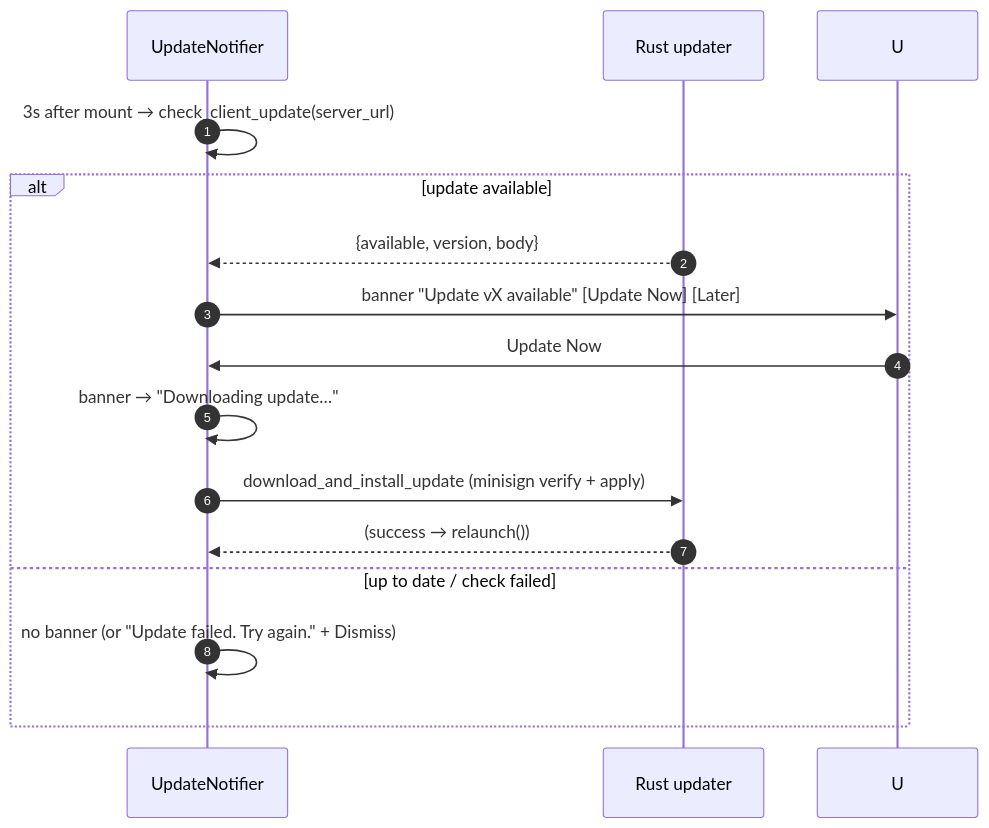
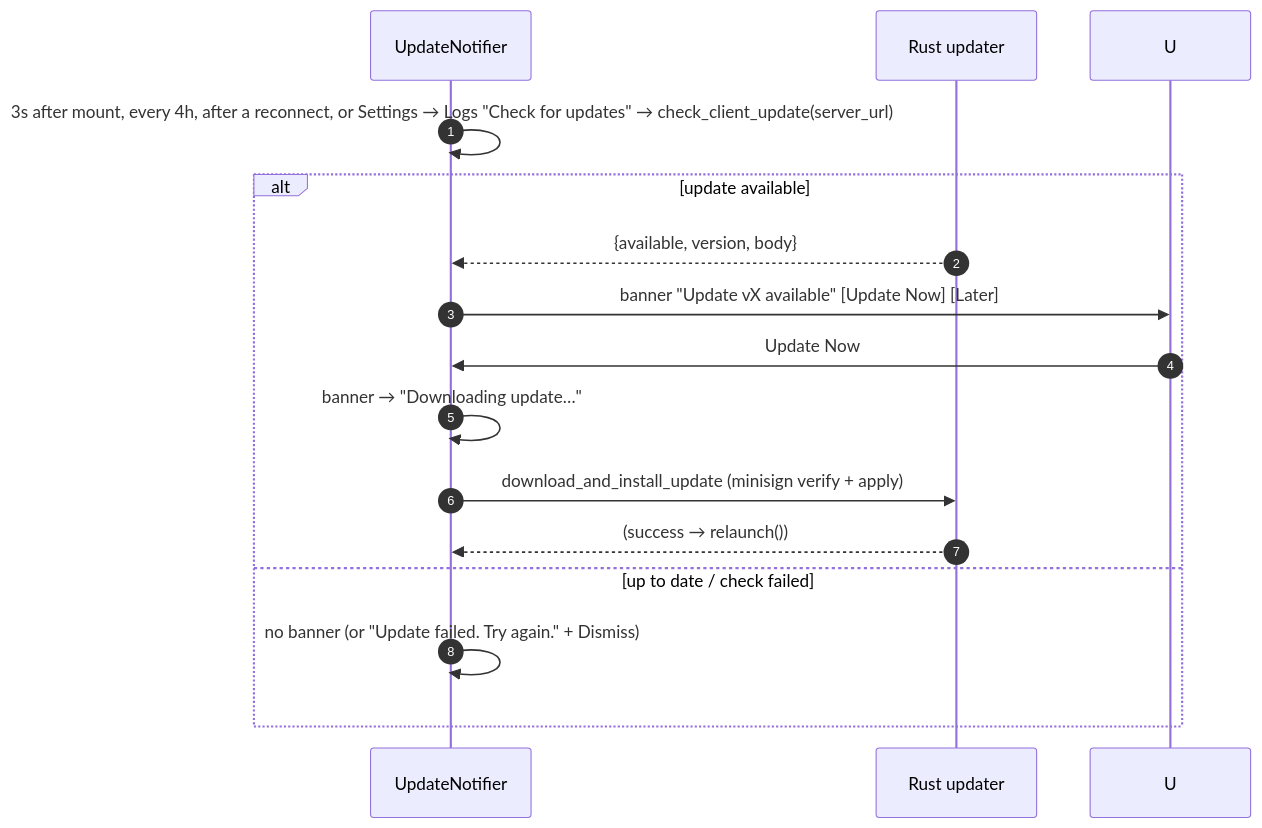
Before and after one commit to J3vb/OwnCord: the second of 2 diagrams in docs/architecture/ux/settings-and-admin.md, drawn with Mermaid. The commit also changed other lines of this file, not shown here.

Commit message:
no-mistakes(review): Document periodic and manual update checks

````diff
--- a/docs/architecture/ux/settings-and-admin.md
+++ b/docs/architecture/ux/settings-and-admin.md
@@ -183,17 +183,17 @@
 ```mermaid
 sequenceDiagram
     autonumber
     participant N as UpdateNotifier
     participant R as Rust updater
-    N->>N: 3s after mount → check_client_update(server_url)
+    N->>N: 3s after mount, every 4h, after a reconnect, or Settings → Logs "Check for updates" → check_client_update(server_url)
     alt update available
         R-->>N: {available, version, body}
         N->>U: banner "Update vX available" [Update Now] [Later]
         U->>N: Update Now
         N->>N: banner → "Downloading update…"
         N->>R: download_and_install_update (minisign verify + apply)
         R-->>N: (success → relaunch())
     else up to date / check failed
         N->>N: no banner (or "Update failed. Try again." + Dismiss)
     end
 ```
````
